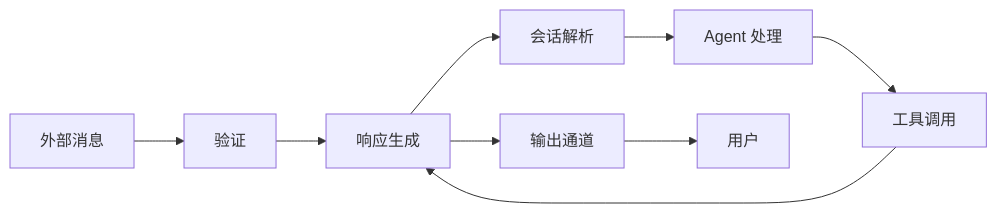
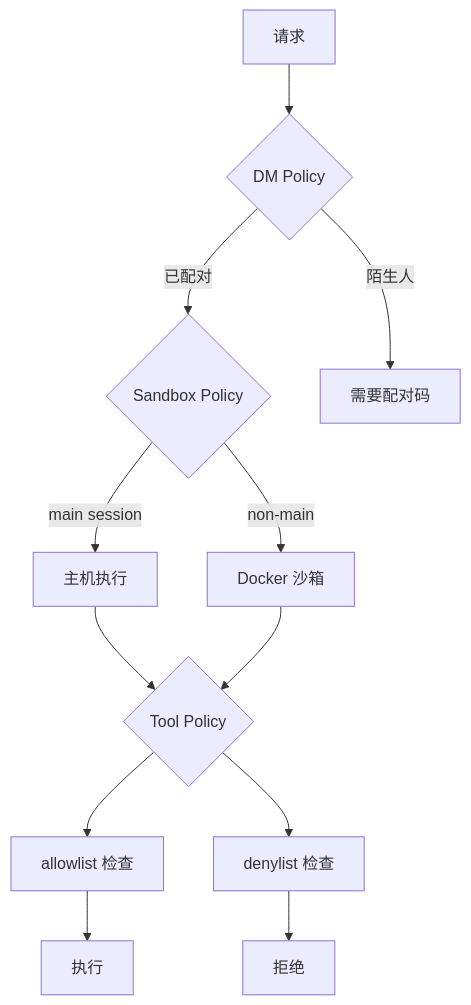
Before and after one commit to caicongyang/bloger: the eighth of 10 diagrams in openclaw/ARCHITECTURE.md, drawn with Mermaid. The commit also changed other lines of this file and 13 other files, not shown here.

````diff
--- a/openclaw/ARCHITECTURE.md
+++ b/openclaw/ARCHITECTURE.md
@@ -531,11 +482,14 @@
 ```mermaid
-flowchart LR
-    A[外部消息] --> V[验证]
-    V --> R[路由]
-    R --> S[会话解析]
-    S --> P[Agent 处理]
-    P --> T[工具调用]
-    T --> R[响应生成]
-    R --> O[输出通道]
-    O --> U[用户]
+flowchart TD
+    REQ[请求] --> DM{DM Policy}
+    DM -->|已配对| SAND{Sandbox Policy}
+    DM -->|陌生人| PAIR[需要配对码]
+    SAND -->|main session| HOST[主机执行]
+    SAND -->|non-main| DOCKER[Docker 沙箱]
+    HOST --> TOOL{Tool Policy}
+    DOCKER --> TOOL
+    TOOL --> ALLOW[allowlist 检查]
+    TOOL --> DENY[denylist 检查]
+    ALLOW --> EXEC[执行]
+    DENY --> BLOCK[拒绝]
 ```
````
